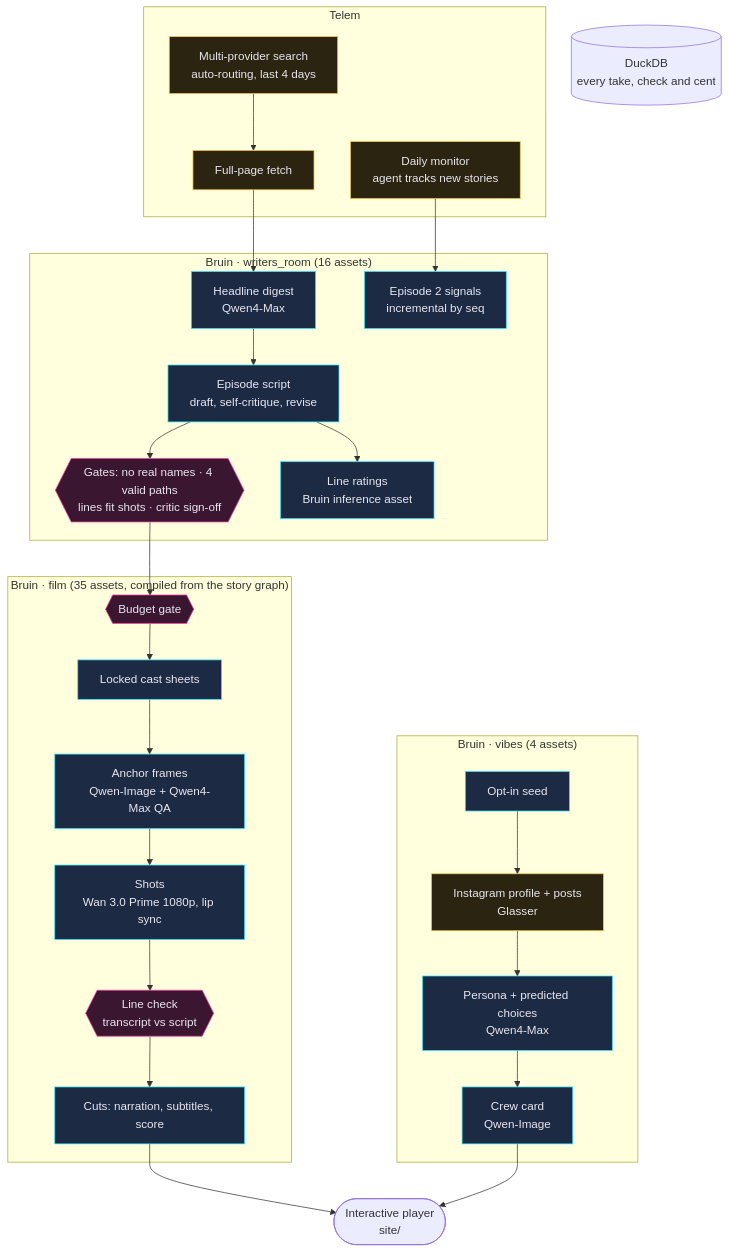
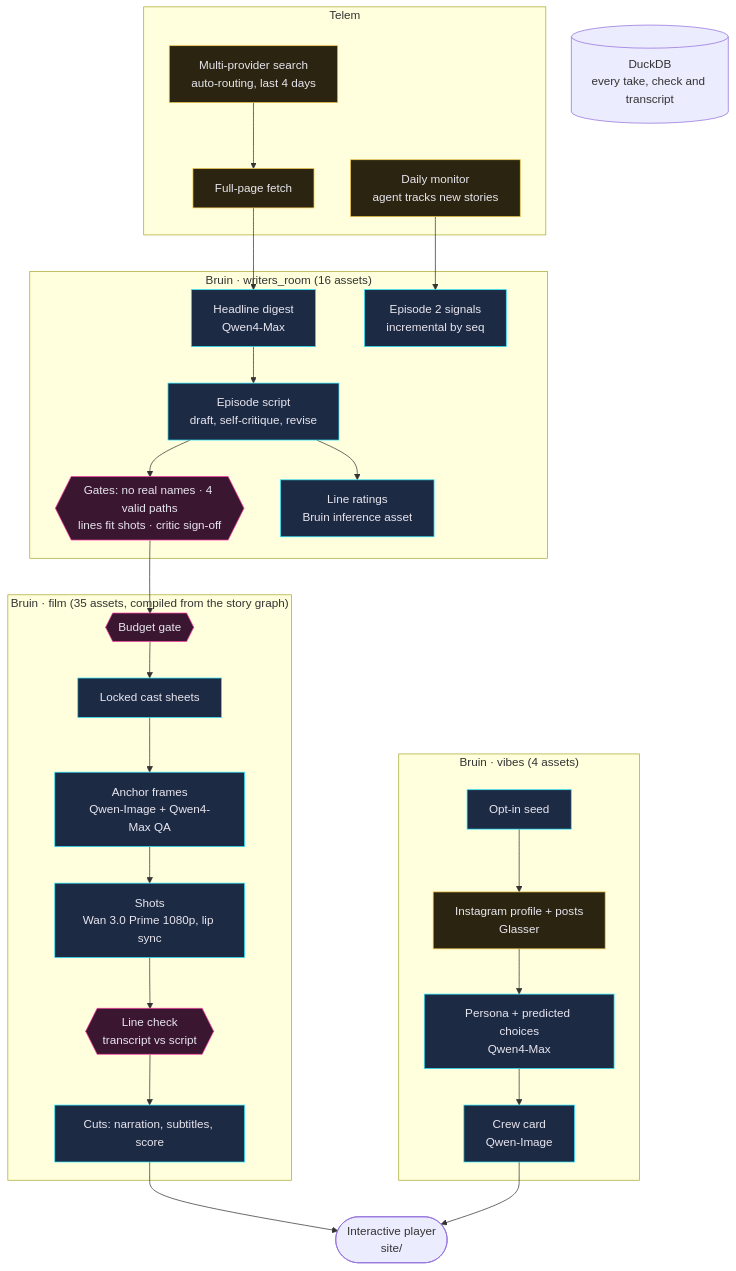
One commit to chinesepowered/hack-bruin changed the diagram in README.md. Above: the diagram before and after it, drawn with Mermaid. The commit also changed other lines of this file and 7 other files, not shown here.

````diff
--- a/README.md
+++ b/README.md
@@ -53,35 +53,35 @@
 ```mermaid
 flowchart TB
   subgraph T["Telem"]
     S["Multi-provider search<br/>auto-routing, last 4 days"] --> F["Full-page fetch"]
     M["Daily monitor<br/>agent tracks new stories"]
   end
   subgraph W["Bruin · writers_room (16 assets)"]
     D["Headline digest<br/>Qwen4-Max"] --> E["Episode script<br/>draft, self-critique, revise"]
     E --> G{{"Gates: no real names · 4 valid paths<br/>lines fit shots · critic sign-off"}}
     E --> R["Line ratings<br/>Bruin inference asset"]
     X["Episode 2 signals<br/>incremental by seq"]
   end
   subgraph FI["Bruin · film (35 assets, compiled from the story graph)"]
     C["Locked cast sheets"] --> K["Anchor frames<br/>Qwen-Image + Qwen4-Max QA"]
     K --> SH["Shots<br/>Wan 3.0 Prime 1080p, lip sync"]
     SH --> L{{"Line check<br/>transcript vs script"}}
     L --> CU["Cuts: narration, subtitles, score"]
     B{{"Budget gate"}} --> C
   end
   subgraph V["Bruin · vibes (4 assets)"]
     O["Opt-in seed"] --> IG["Instagram profile + posts<br/>Glasser"] --> P["Persona + predicted choices<br/>Qwen4-Max"] --> CC["Crew card<br/>Qwen-Image"]
   end
   F --> D
   M --> X
   G --> B
   CU --> PL(["Interactive player<br/>site/"])
   CC --> PL
-  DB[("DuckDB<br/>every take, check and cent")]
+  DB[("DuckDB<br/>every take, check and transcript")]
   classDef bruin fill:#1d2a44,stroke:#2ee6ff,color:#e8e6ef
   classDef gate fill:#3a1630,stroke:#ff3ea5,color:#e8e6ef
   classDef ext fill:#2b2410,stroke:#f2c94c,color:#e8e6ef
   class D,E,R,X,C,K,SH,CU,O,P,CC bruin
   class G,L,B gate
   class S,F,M,IG ext
 ```
````
